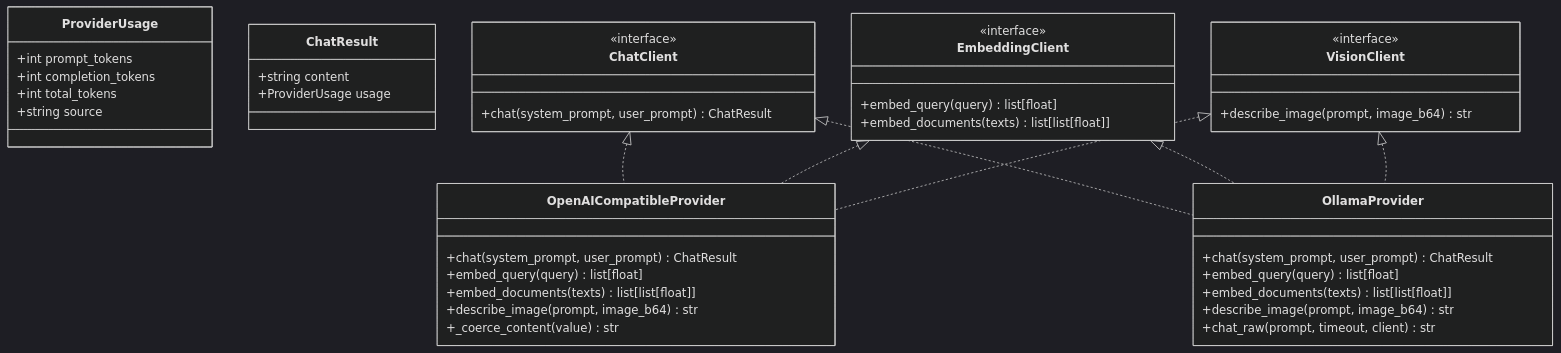
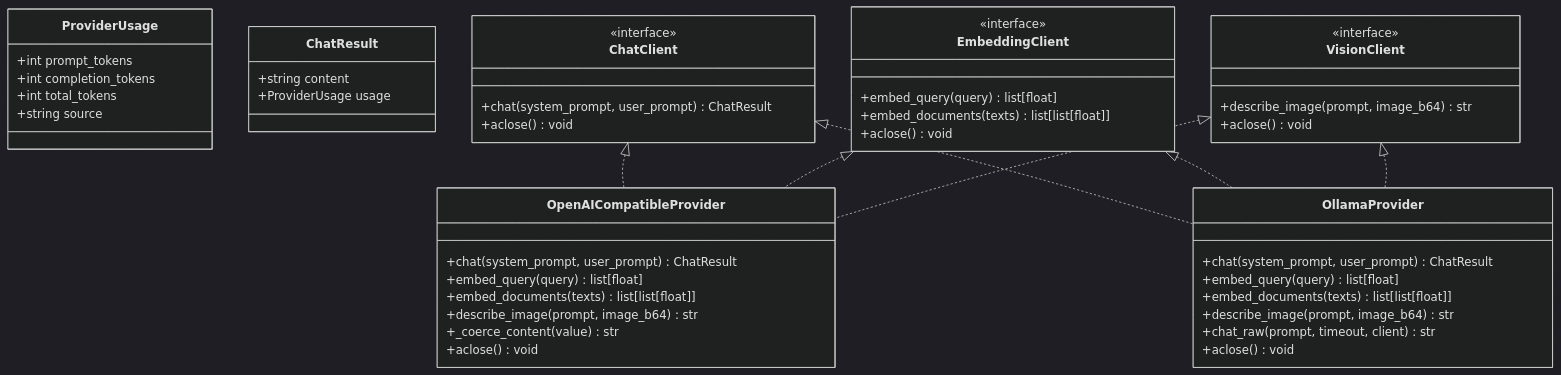
One commit to genes8/private-ai changed the sixth of 14 diagrams in .qoder/repowiki/en/content/Backend Development/Service Layer/Service Layer.md. Above: the diagram before and after it, drawn with Mermaid (dark theme). The commit also changed other lines of this file and 101 other files, not shown here.

````diff
--- a/.qoder/repowiki/en/content/Backend Development/Service Layer/Service Layer.md
+++ b/.qoder/repowiki/en/content/Backend Development/Service Layer/Service Layer.md
@@ -433,46 +438,51 @@
 ```mermaid
 classDiagram
 class ProviderUsage {
 +int prompt_tokens
 +int completion_tokens
 +int total_tokens
 +string source
 }
 class ChatResult {
 +string content
 +ProviderUsage usage
 }
 class ChatClient {
 <<interface>>
 +chat(system_prompt, user_prompt) ChatResult
++aclose() void
 }
 class EmbeddingClient {
 <<interface>>
 +embed_query(query) list[float]
 +embed_documents(texts) list[list[float]]
++aclose() void
 }
 class VisionClient {
 <<interface>>
 +describe_image(prompt, image_b64) str
++aclose() void
 }
 class OpenAICompatibleProvider {
 +chat(system_prompt, user_prompt) ChatResult
 +embed_query(query) list[float]
 +embed_documents(texts) list[list[float]]
 +describe_image(prompt, image_b64) str
 +_coerce_content(value) str
++aclose() void
 }
 class OllamaProvider {
 +chat(system_prompt, user_prompt) ChatResult
 +embed_query(query) list[float]
 +embed_documents(texts) list[list[float]]
 +describe_image(prompt, image_b64) str
 +chat_raw(prompt, timeout, client) str
++aclose() void
 }
 ChatClient <|.. OpenAICompatibleProvider
 ChatClient <|.. OllamaProvider
 EmbeddingClient <|.. OpenAICompatibleProvider
 EmbeddingClient <|.. OllamaProvider
 VisionClient <|.. OpenAICompatibleProvider
 VisionClient <|.. OllamaProvider
 ```
````
